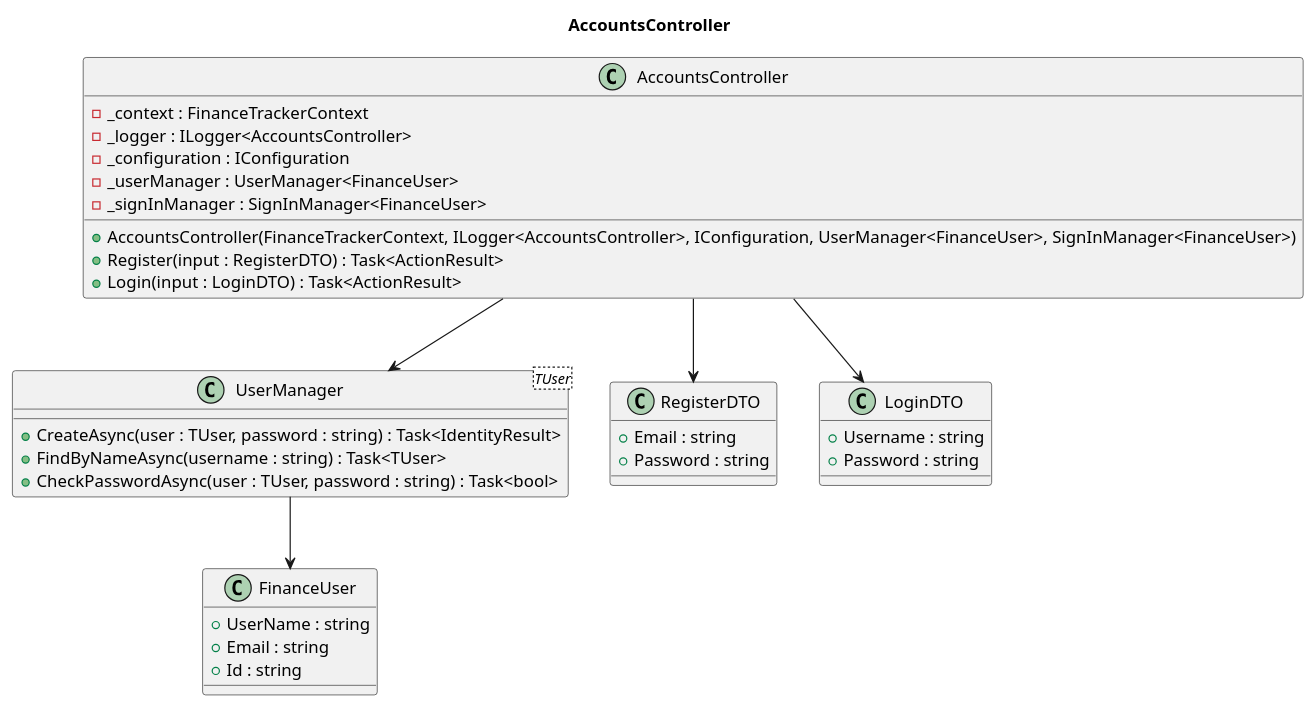
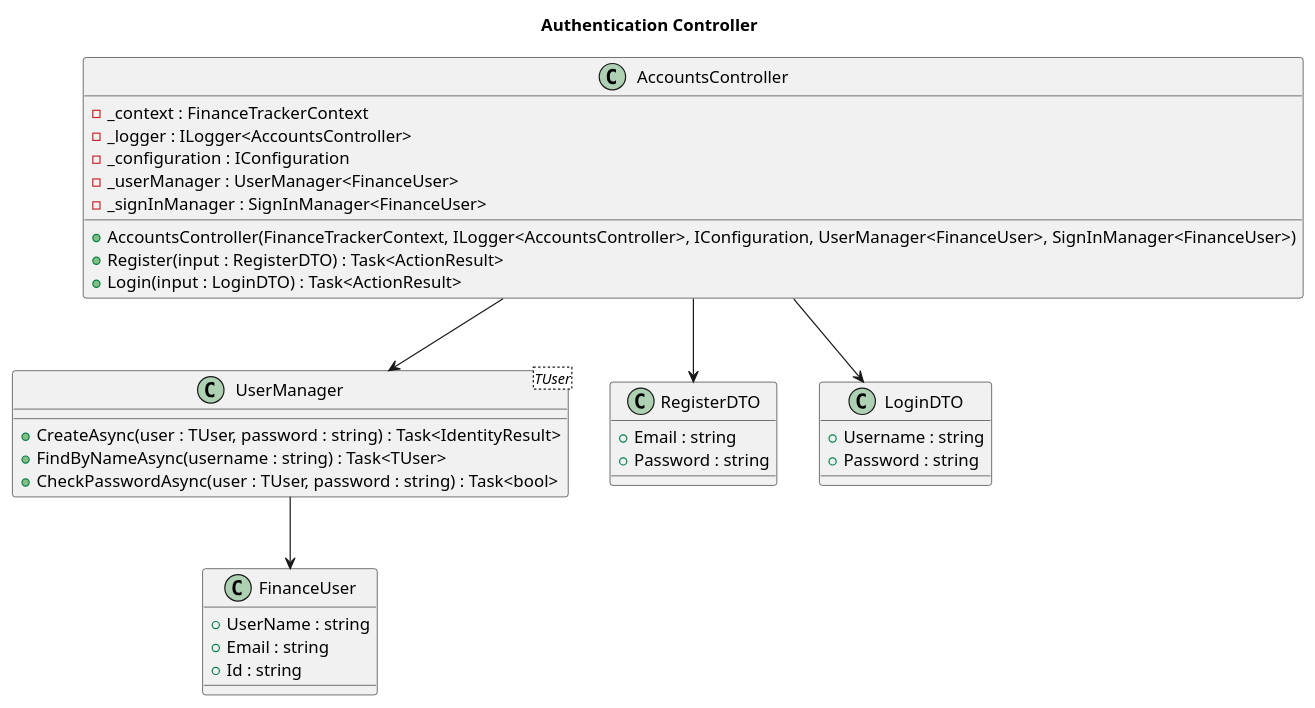
The diagram in diagrams/backend/AccountControllerDiagram.puml (a-chiha/FinanceTrackerBackend), drawn with PlantUML before and after one commit.

Commit message:
diagrams

```diff
--- a/diagrams/backend/AccountControllerDiagram.puml
+++ b/diagrams/backend/AccountControllerDiagram.puml
@@ -1,51 +1,51 @@
 @startuml
-title AccountsController
+title Authentication Controller
 class AccountsController {
     - _context : FinanceTrackerContext
     - _logger : ILogger<AccountsController>
     - _configuration : IConfiguration
     - _userManager : UserManager<FinanceUser>
     - _signInManager : SignInManager<FinanceUser>
     + AccountsController(FinanceTrackerContext, ILogger<AccountsController>, IConfiguration, UserManager<FinanceUser>, SignInManager<FinanceUser>)
     + Register(input : RegisterDTO) : Task<ActionResult>
     + Login(input : LoginDTO) : Task<ActionResult>
 }
 
 ' interface ILogger<T> {
 '     + LogInformation(message : string, params object[] args) : void
 ' }
 
 ' interface IConfiguration {
 '     // Add configuration-related methods if needed
 ' }
 
 class UserManager<TUser> {
     + CreateAsync(user : TUser, password : string) : Task<IdentityResult>
     + FindByNameAsync(username : string) : Task<TUser>
     + CheckPasswordAsync(user : TUser, password : string) : Task<bool>
 }
 
 
 class FinanceUser {
     + UserName : string
     + Email : string
     + Id : string
 }
 
 class RegisterDTO {
     + Email : string
     + Password : string
 }
 
 class LoginDTO {
     + Username : string
     + Password : string
 }
 
 AccountsController --> UserManager
 ' AccountsController --> SignInManager
 AccountsController --> RegisterDTO
 AccountsController --> LoginDTO
 UserManager --> FinanceUser
 
 @enduml
```
